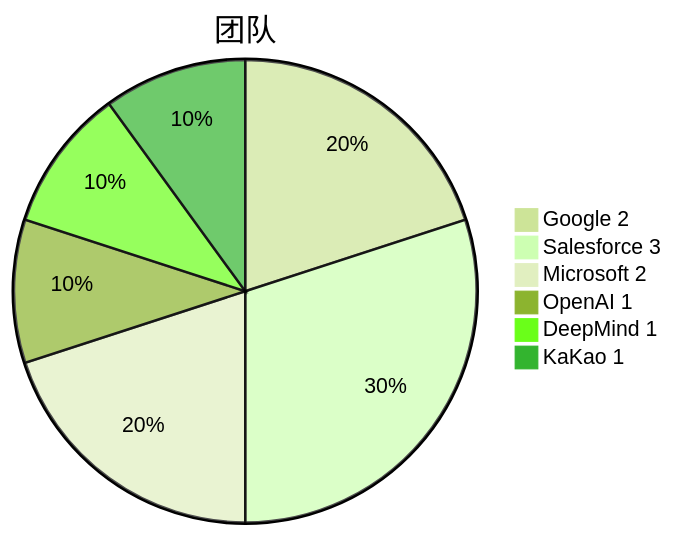
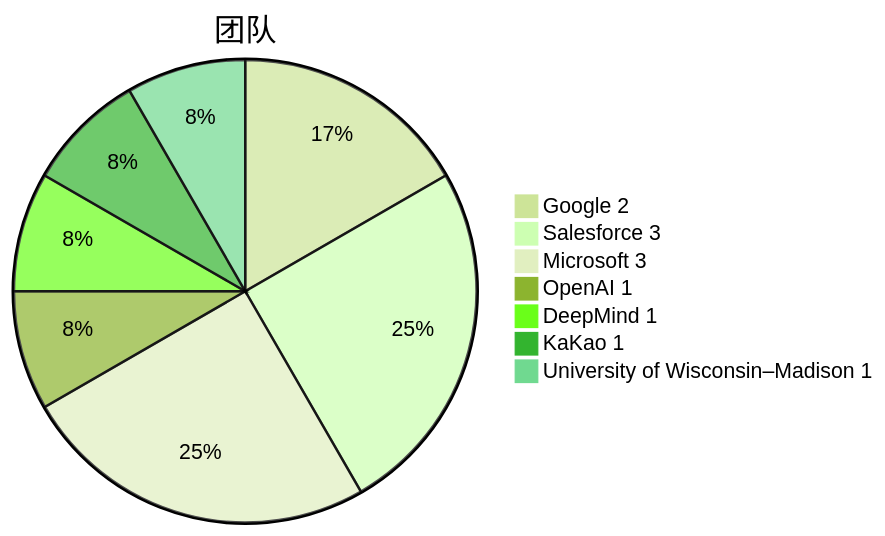
The third of 6 diagrams in Base_Model/VLM+VLLM/analyse.md (Elephant-King9/Paper), drawn with Mermaid (forest theme) before and after one commit. The commit also changed other lines of this file and 6 other files, not shown here.

````diff
--- a/Base_Model/VLM+VLLM/analyse.md
+++ b/Base_Model/VLM+VLLM/analyse.md
@@ -45,9 +47,10 @@
 ```mermaid
 pie title 团队
 		"Google 2" : 2
 		"Salesforce 3" : 3
-		"Microsoft 2" : 2
+		"Microsoft 3" : 3
 		"OpenAI 1" : 1
 		"DeepMind 1" : 1
 		"KaKao 1" : 1
+		"University of Wisconsin–Madison 1" : 1
 ```
````
